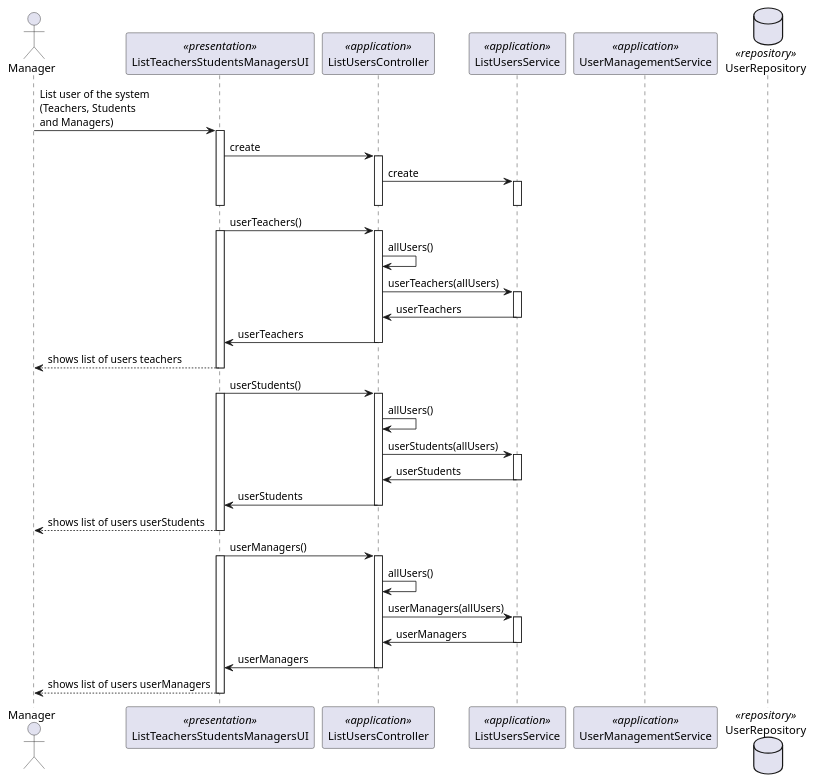
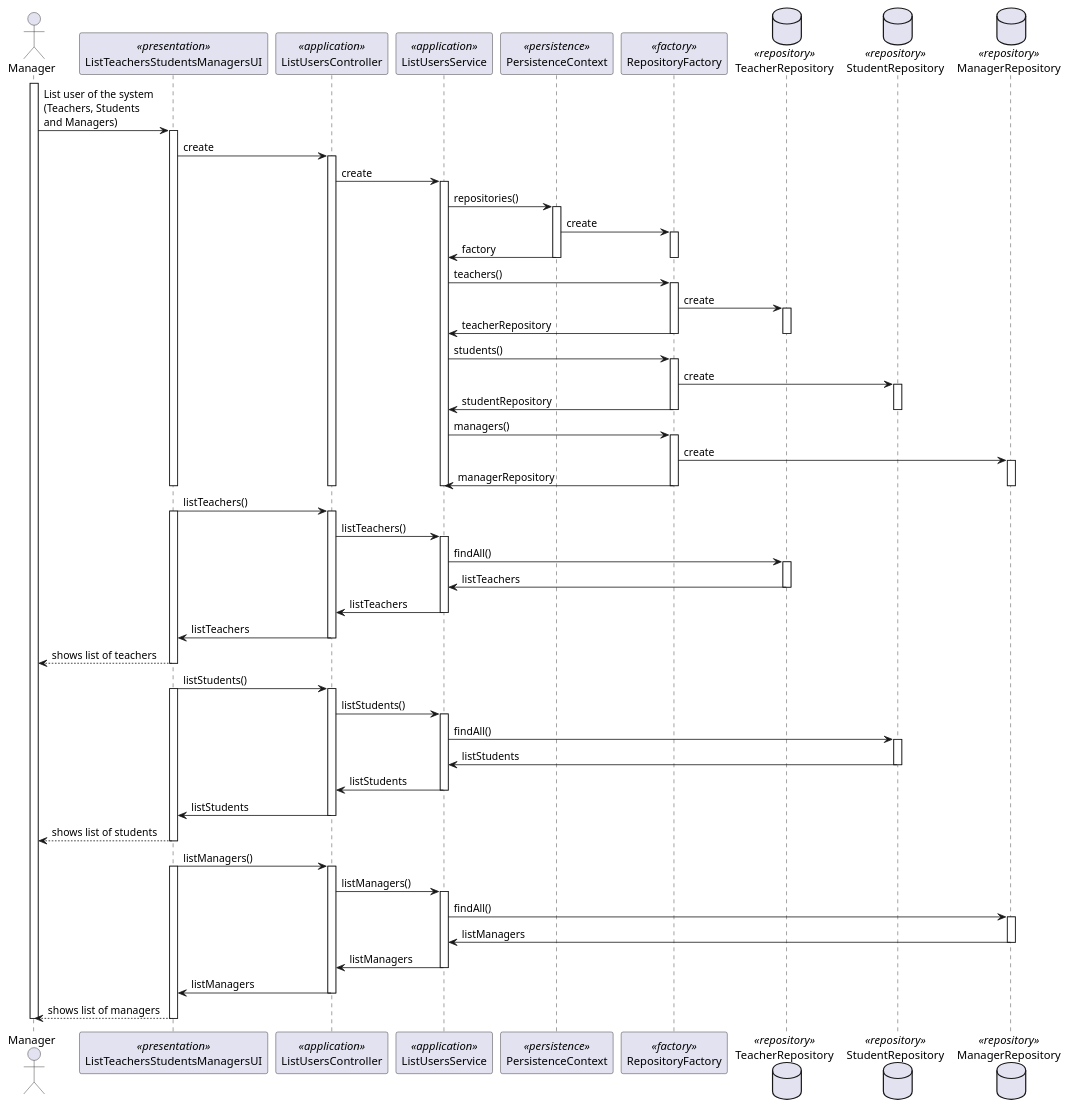
The diagram in docs/us_1001/listUsersSD.puml (jovami/isep-lapr4), drawn with PlantUML before and after one commit. The commit also changed 10 other files, not shown here.

Commit message:
docs(us_1001): updated  diagrams

```diff
--- a/docs/us_1001/listUsersSD.puml
+++ b/docs/us_1001/listUsersSD.puml
@@ -1,79 +1,116 @@
 @startuml
 'http://plantuml.com/skinparam.html
 
 actor Manager as Actor
 participant ListTeachersStudentsManagersUI as UI <<presentation>>
 participant ListUsersController as controller <<application>>
 participant ListUsersService as lstservice <<application>>
-participant UserManagementService as userservice <<application>>
-database UserRepository as repo <<repository>>
+participant PersistenceContext as persistence <<persistence>>
+participant RepositoryFactory as factory <<factory>>
+database TeacherRepository as repoTeacher <<repository>>
+database StudentRepository as repoStudent <<repository>>
+database ManagerRepository as repoManager <<repository>>
 
 
+activate Actor
 Actor -> UI: List user of the system\n(Teachers, Students \nand Managers)
 activate UI
     UI -> controller : create
     activate controller
         controller -> lstservice : create
         activate lstservice
 
+
+    lstservice -> persistence : repositories()
+    activate persistence
+        persistence -> factory : create
+        activate factory
+        persistence -> lstservice : factory
+        deactivate factory
+    deactivate persistence
+
+        lstservice -> factory : teachers()
+        activate factory
+            factory -> repoTeacher :create
+            activate repoTeacher
+                factory -> lstservice : teacherRepository
+            deactivate repoTeacher
+        deactivate factory
+
+        lstservice -> factory : students()
+        activate factory
+            factory -> repoStudent :create
+            activate repoStudent
+                factory -> lstservice : studentRepository
+            deactivate repoStudent
+        deactivate factory
+
+         lstservice -> factory : managers()
+         activate factory
+             factory -> repoManager :create
+             activate repoManager
+                 factory -> lstservice : managerRepository
+             deactivate repoManager
+         deactivate factory
+    deactivate lstservice
+
+
+
+    deactivate controller
+deactivate UI
+
+    UI -> controller : listTeachers()
+activate UI
+
+    activate controller
+        controller -> lstservice : listTeachers()
+        activate lstservice
+            lstservice -> repoTeacher :findAll()
+            activate repoTeacher
+                repoTeacher -> lstservice :listTeachers
+            deactivate repoTeacher
+            lstservice -> controller : listTeachers
         deactivate lstservice
+        controller -> UI : listTeachers
+    deactivate controller
+        UI --> Actor : shows list of teachers
+deactivate UI
+
+     UI -> controller : listStudents()
+activate UI
+        activate controller
+            controller -> lstservice : listStudents()
+            activate lstservice
+                lstservice -> repoStudent :findAll()
+                activate repoStudent
+                    repoStudent -> lstservice :listStudents
+                deactivate repoStudent
+                lstservice -> controller : listStudents
+            deactivate lstservice
+            controller -> UI : listStudents
+        deactivate controller
+            UI --> Actor : shows list of students
+deactivate UI
+
+    UI -> controller : listManagers()
+    activate UI
+            activate controller
+                controller -> lstservice : listManagers()
+                activate lstservice
+                    lstservice -> repoManager :findAll()
+                    activate repoManager
+                        repoManager -> lstservice :listManagers
+                    deactivate repoManager
+                    lstservice -> controller : listManagers
+                deactivate lstservice
+                controller -> UI : listManagers
+            deactivate controller
+                UI --> Actor : shows list of managers
+    deactivate UI
+
 
 
 deactivate UI
 
-
-    deactivate controller
-    UI -> controller : userTeachers()
-activate UI
-        activate controller
-
-            controller -> controller : allUsers()
-            controller -> lstservice : userTeachers(allUsers)
-            activate lstservice
-                lstservice -> controller : userTeachers
-
-            deactivate lstservice
-
-            controller -> UI: userTeachers
-        deactivate controller
-
-    UI --> Actor : shows list of users teachers
-deactivate UI
-
-    UI -> controller : userStudents()
-    activate UI
-            activate controller
-
-                controller -> controller : allUsers()
-                controller -> lstservice : userStudents(allUsers)
-                activate lstservice
-                    lstservice -> controller : userStudents
-
-                deactivate lstservice
-
-                controller -> UI: userStudents
-            deactivate controller
-
-        UI --> Actor : shows list of users userStudents
-    deactivate UI
-
-    UI -> controller : userManagers()
-        activate UI
-                activate controller
-
-                    controller -> controller : allUsers()
-                    controller -> lstservice : userManagers(allUsers)
-                    activate lstservice
-                        lstservice -> controller : userManagers
-
-                    deactivate lstservice
-
-                    controller -> UI: userManagers
-                deactivate controller
-
-            UI --> Actor : shows list of users userManagers
-        deactivate UI
-
-
-deactivate UI
+deactivate Actor
 @enduml
```
